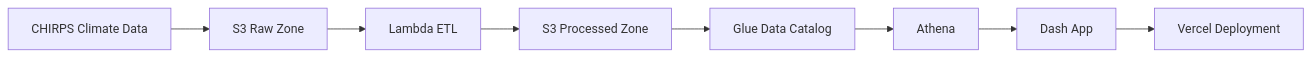
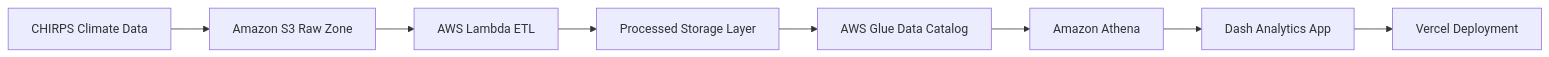
Before and after one commit to Kutlwano-Take/africlimate-analytics-lake: the diagram in README.md, drawn with Mermaid. The commit also changed other lines of this file and 3 other files, not shown here.

````diff
--- a/README.md
+++ b/README.md
@@ -25,10 +42,10 @@
 ```mermaid
 flowchart LR
-A[CHIRPS Climate Data] --> B[S3 Raw Zone]
-B --> C[Lambda ETL]
-C --> D[S3 Processed Zone]
-D --> E[Glue Data Catalog]
-E --> F[Athena]
-F --> G[Dash App]
-G --> H[Vercel Deployment]
+    A[CHIRPS Climate Data] --> B[Amazon S3 Raw Zone]
+    B --> C[AWS Lambda ETL]
+    C --> D[Processed Storage Layer]
+    D --> E[AWS Glue Data Catalog]
+    E --> F[Amazon Athena]
+    F --> G[Dash Analytics App]
+    G --> H[Vercel Deployment]
 ```
````
